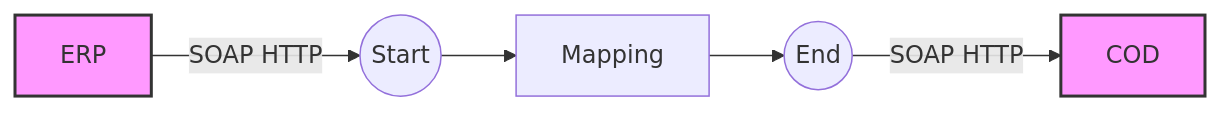
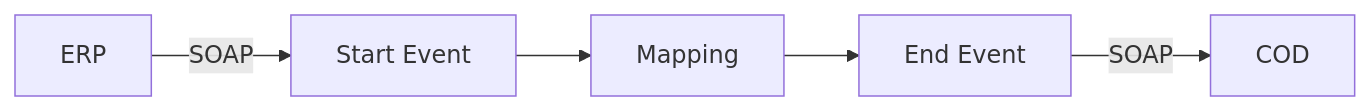
The diagram in REPSOL - Demo IA Docs/Check_Connectivity_from_SAP_Business_Suite_-_REPSOL/1.0.3/readme.md (Avvale-IA-CICD/AvvaleCPI), drawn with Mermaid before and after one commit. The commit also changed other lines of this file, not shown here.

````diff
--- a/REPSOL - Demo IA Docs/Check_Connectivity_from_SAP_Business_Suite_-_REPSOL/1.0.3/readme.md
+++ b/REPSOL - Demo IA Docs/Check_Connectivity_from_SAP_Business_Suite_-_REPSOL/1.0.3/readme.md
@@ -4,9 +4,13 @@
 ```mermaid
 graph LR
-    ERP[ERP] -->|SOAP HTTP| StartEvent((Start))
-    StartEvent((Start)) --> Mapping[Mapping]
-    Mapping[Mapping] --> EndEvent((End))
-    EndEvent((End)) -->|SOAP HTTP| COD[COD]
-    style ERP fill:#f9f,stroke:#333,stroke-width:2px
-    style COD fill:#f9f,stroke:#333,stroke-width:2px
+    ERP[ERP]
+    COD[COD]
+    StartEvent[Start Event]
+    Mapping[Mapping]
+    EndEvent[End Event]
+
+    ERP -- SOAP --> StartEvent
+    StartEvent --> Mapping
+    Mapping --> EndEvent
+    EndEvent -- SOAP --> COD
 ```
````
